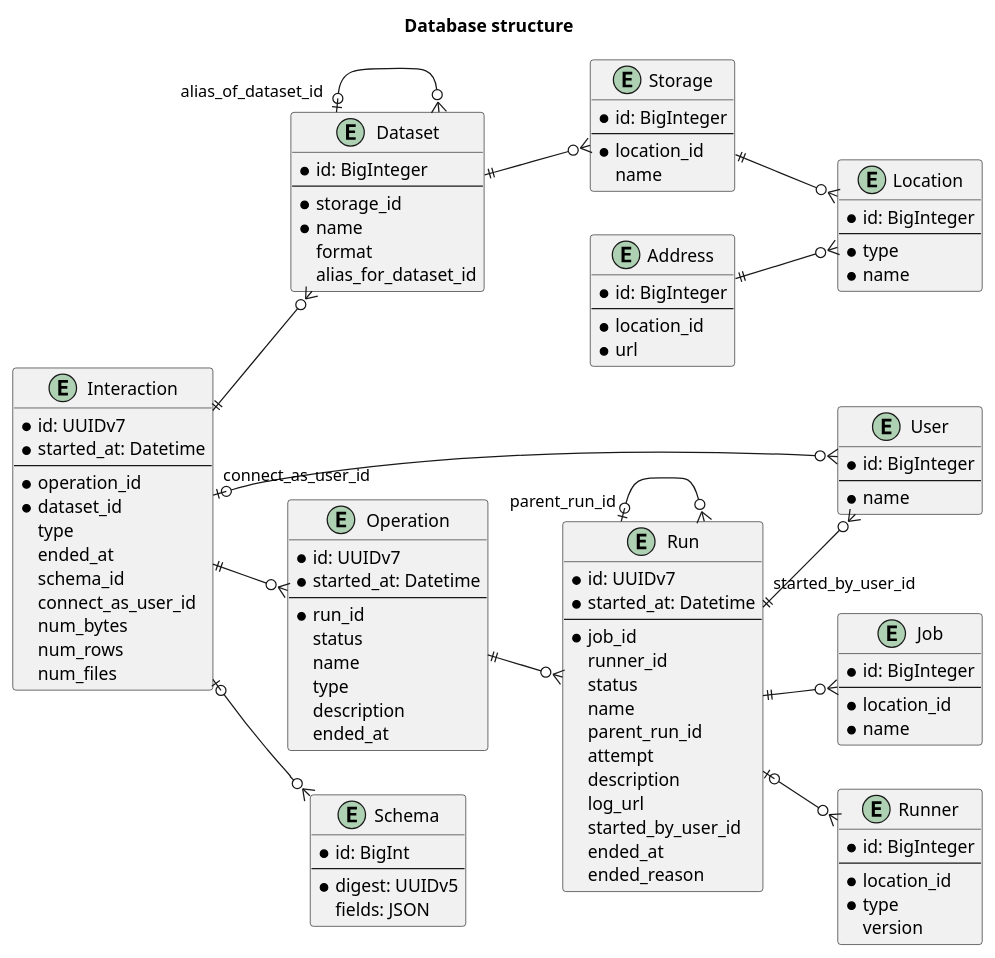
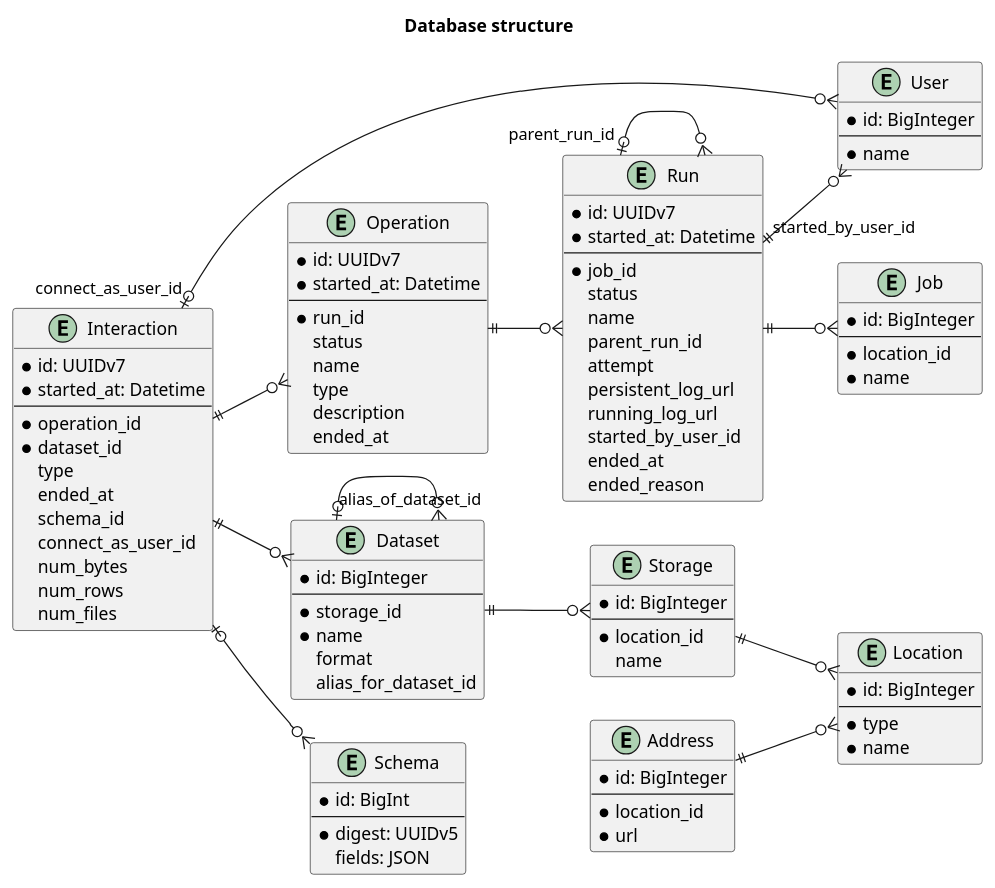
Before and after one commit to MobileTeleSystems/data-rentgen: the diagram in data_rentgen/db/models/README.rst, drawn with PlantUML. The commit also changed 15 other files, not shown here.

Commit message:
[DOP-16665] Populate log urls & external id in Run

```diff
--- a/data_rentgen/db/models/README.rst
+++ b/data_rentgen/db/models/README.rst
@@ -53,26 +53,17 @@
         * name
     }
 
-    entity Runner {
-        * id: BigInteger
-        ----
-        * location_id
-        * type
-        version
-    }
-
     entity Run {
         * id: UUIDv7
         * started_at: Datetime
         ----
         * job_id
-        runner_id
         status
         name
         parent_run_id
         attempt
-        description
-        log_url
+        persistent_log_url
+        running_log_url
         started_by_user_id
         ended_at
         ended_reason
@@ -119,7 +110,6 @@
     Dataset "alias_of_dataset_id" |o--o{ Dataset
 
     Run ||--o{ Job
-    Run |o--o{ Runner
     Run "started_by_user_id" ||--o{ User
     Run "parent_run_id" |o--o{ Run
 
```
